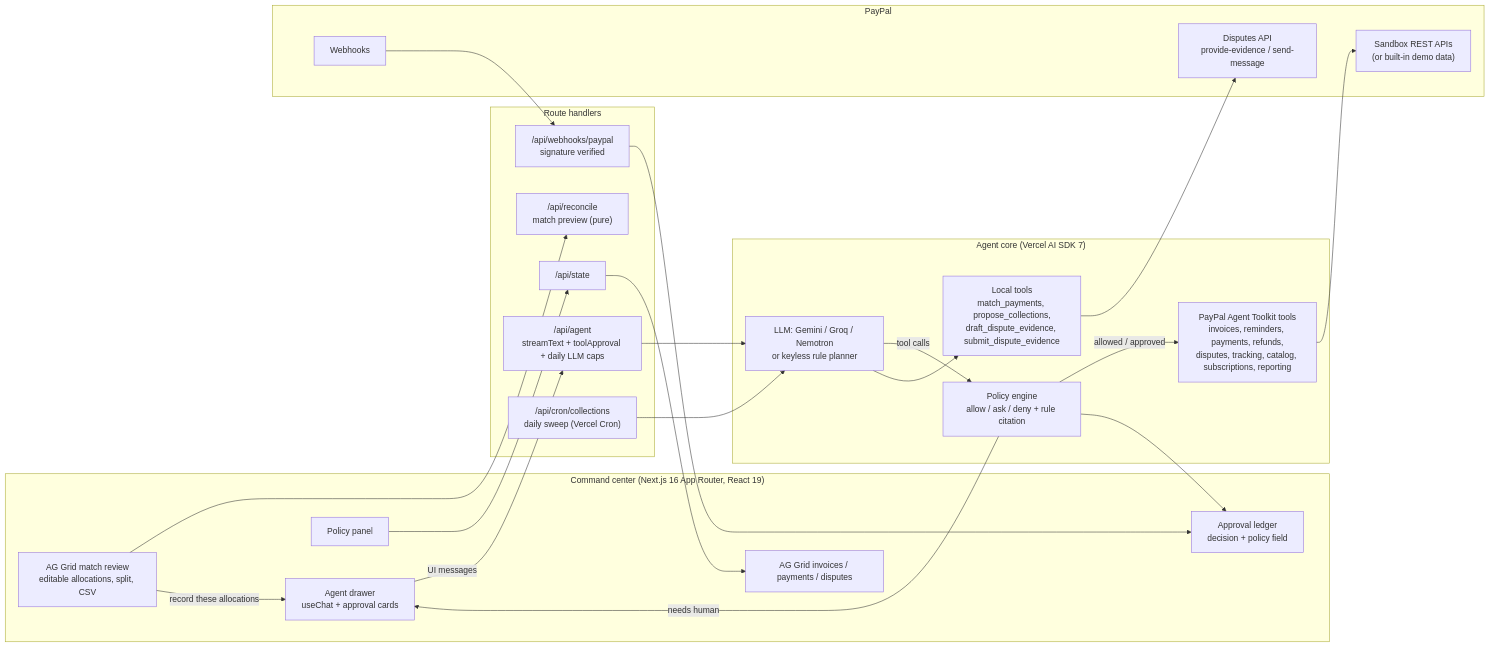
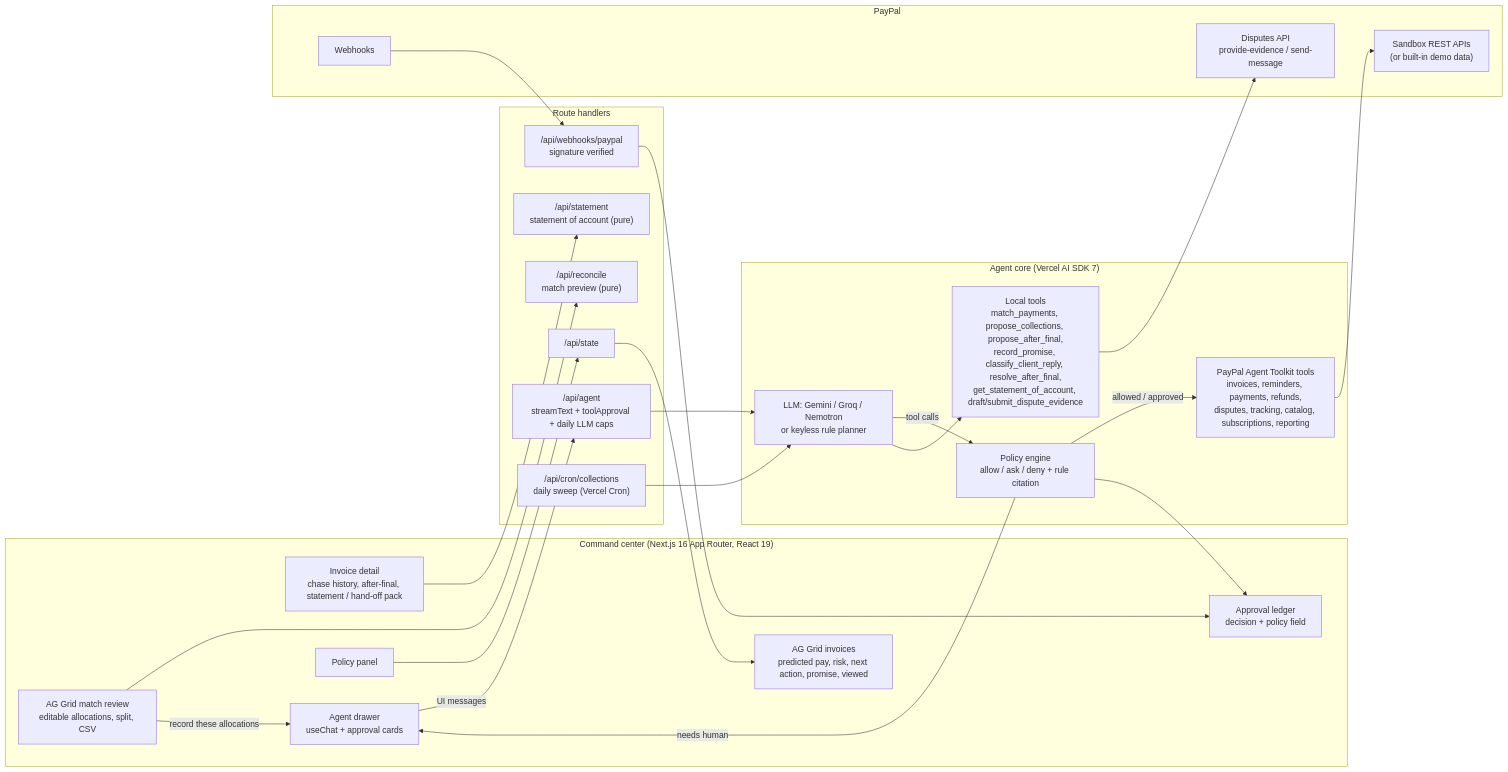
One commit to vigohan95/chaser changed the diagram in README.md. Above: the diagram before and after it, drawn with Mermaid. The commit also changed other lines of this file and 5 other files, not shown here.

````diff
--- a/README.md
+++ b/README.md
@@ -72,47 +97,50 @@
 ```mermaid
 flowchart LR
   subgraph UI["Command center (Next.js 16 App Router, React 19)"]
+    G["AG Grid invoices<br/>predicted pay, risk, next action, promise, viewed"]
     MR["AG Grid match review<br/>editable allocations, split, CSV"]
-    G["AG Grid invoices / payments / disputes"]
+    DT["Invoice detail<br/>chase history, after-final, statement / hand-off pack"]
     L["Approval ledger<br/>decision + policy field"]
     D["Agent drawer<br/>useChat + approval cards"]
     P["Policy panel"]
   end
 
   subgraph API["Route handlers"]
     AG["/api/agent<br/>streamText + toolApproval + daily LLM caps"]
     RC["/api/reconcile<br/>match preview (pure)"]
+    SA["/api/statement<br/>statement of account (pure)"]
     ST["/api/state"]
     WH["/api/webhooks/paypal<br/>signature verified"]
     CR["/api/cron/collections<br/>daily sweep (Vercel Cron)"]
   end
 
   subgraph Agent["Agent core (Vercel AI SDK 7)"]
     LLM["LLM: Gemini / Groq / Nemotron<br/>or keyless rule planner"]
     POL["Policy engine<br/>allow / ask / deny + rule citation"]
-    LT["Local tools<br/>match_payments, propose_collections,<br/>draft_dispute_evidence, submit_dispute_evidence"]
+    LT["Local tools<br/>match_payments, propose_collections, propose_after_final,<br/>record_promise, classify_client_reply, resolve_after_final,<br/>get_statement_of_account, draft/submit_dispute_evidence"]
     TK["PayPal Agent Toolkit tools<br/>invoices, reminders, payments, refunds,<br/>disputes, tracking, catalog, subscriptions, reporting"]
   end
 
   subgraph PP["PayPal"]
     SB["Sandbox REST APIs<br/>(or built-in demo data)"]
     DS["Disputes API<br/>provide-evidence / send-message"]
     EV["Webhooks"]
   end
 
   MR --> RC
+  DT --> SA
   MR -->|"record these allocations"| D
   D -->|UI messages| AG
   P --> ST
   AG --> LLM
   LLM -->|tool calls| POL
   POL -->|allowed / approved| TK
   POL -->|needs human| D
   POL --> L
   LLM --> LT
   LT --> DS
   TK --> SB
   EV --> WH --> L
   CR --> LLM
   ST --> G
 ```
````
